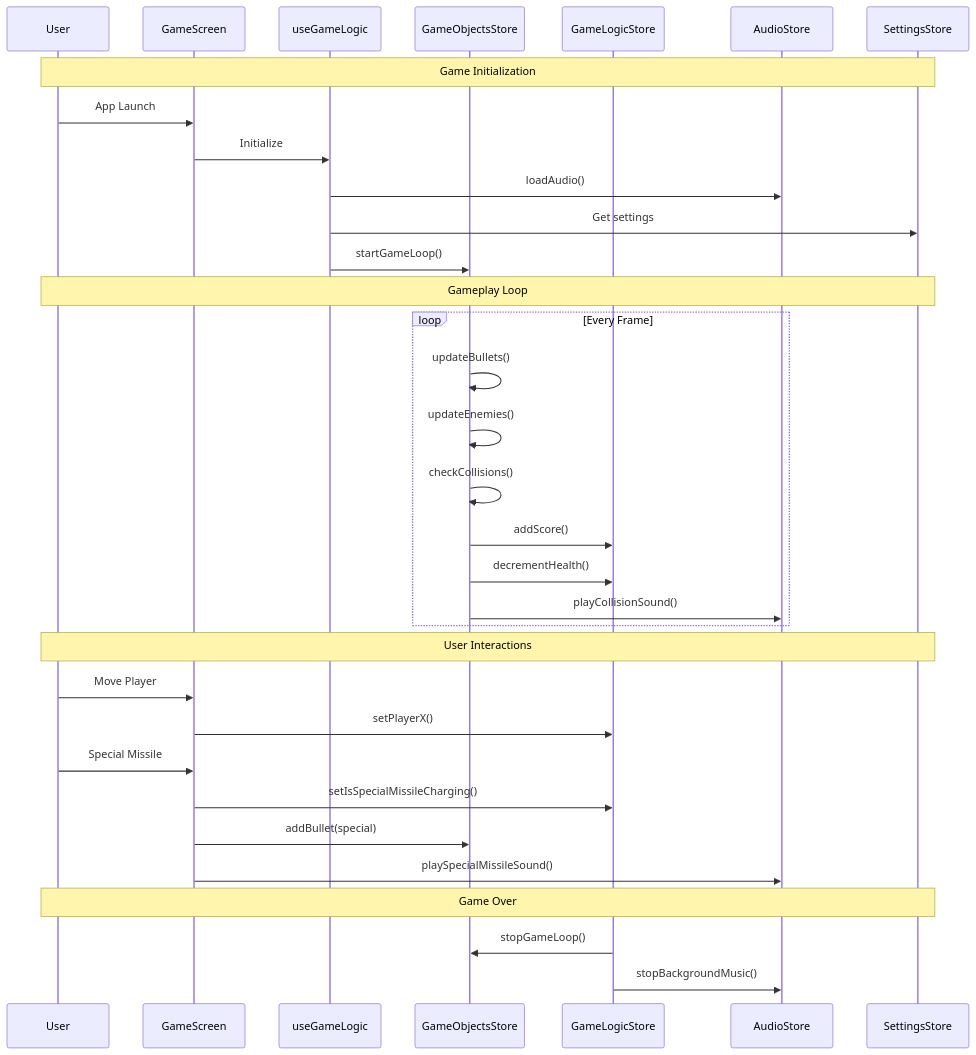
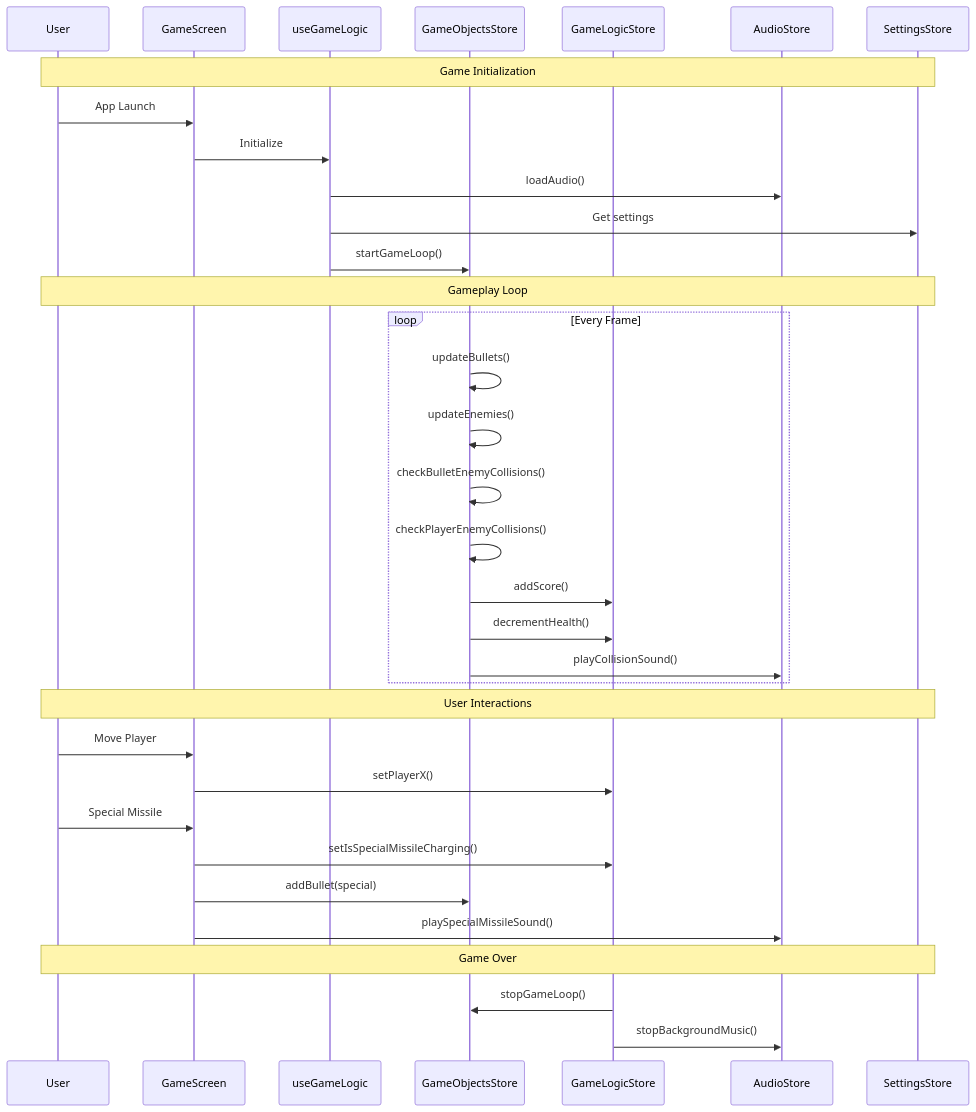
The second of 3 diagrams in REFACTORING.md (kimlesieur/Arcade-galaxy-shooter-game), drawn with Mermaid before and after one commit. The commit also changed 2 other files, not shown here.

Commit message:
refacto(Game Loop): separate collision logic

````diff
--- a/REFACTORING.md
+++ b/REFACTORING.md
@@ -89,40 +89,41 @@
 ```mermaid
 sequenceDiagram
     participant User
     participant GameScreen
     participant useGameLogic
     participant GameObjectsStore
     participant GameLogicStore
     participant AudioStore
     participant SettingsStore
 
     Note over User,SettingsStore: Game Initialization
     User->>GameScreen: App Launch
     GameScreen->>useGameLogic: Initialize
     useGameLogic->>AudioStore: loadAudio()
     useGameLogic->>SettingsStore: Get settings
     useGameLogic->>GameObjectsStore: startGameLoop()
     
     Note over User,SettingsStore: Gameplay Loop
     loop Every Frame
         GameObjectsStore->>GameObjectsStore: updateBullets()
         GameObjectsStore->>GameObjectsStore: updateEnemies()
-        GameObjectsStore->>GameObjectsStore: checkCollisions()
+        GameObjectsStore->>GameObjectsStore: checkBulletEnemyCollisions()
+GameObjectsStore->>GameObjectsStore: checkPlayerEnemyCollisions()
         GameObjectsStore->>GameLogicStore: addScore()
         GameObjectsStore->>GameLogicStore: decrementHealth()
         GameObjectsStore->>AudioStore: playCollisionSound()
     end
     
     Note over User,SettingsStore: User Interactions
     User->>GameScreen: Move Player
     GameScreen->>GameLogicStore: setPlayerX()
     
     User->>GameScreen: Special Missile
     GameScreen->>GameLogicStore: setIsSpecialMissileCharging()
     GameScreen->>GameObjectsStore: addBullet(special)
     GameScreen->>AudioStore: playSpecialMissileSound()
     
     Note over User,SettingsStore: Game Over
     GameLogicStore->>GameObjectsStore: stopGameLoop()
     GameLogicStore->>AudioStore: stopBackgroundMusic()
 ```
````
